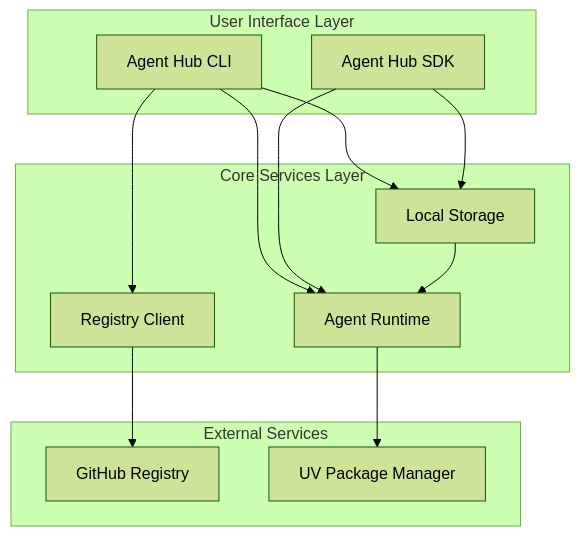
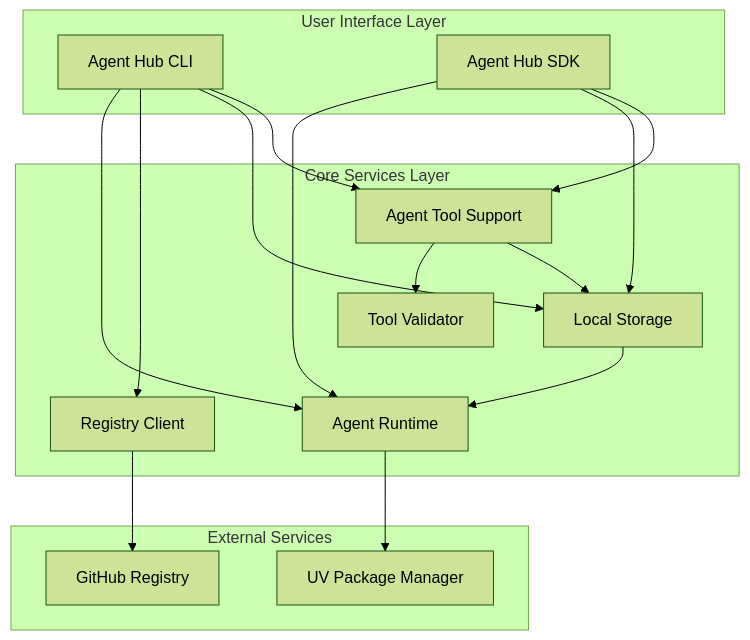
The first of 4 diagrams in docs/.architecture_design/mvp/03_mvp_container_architecture.md (agentplug/agenthub), drawn with Mermaid (forest theme) before and after one commit. The commit also changed other lines of this file and 14 other files, not shown here.

Commit message:
add tool management to architecture design

````diff
--- a/docs/.architecture_design/mvp/03_mvp_container_architecture.md
+++ b/docs/.architecture_design/mvp/03_mvp_container_architecture.md
@@ -24,29 +24,35 @@
 ```mermaid
 graph TB
     subgraph "User Interface Layer"
         CLI[Agent Hub CLI]
         SDK[Agent Hub SDK]
     end
     
     subgraph "Core Services Layer"
         RUNTIME[Agent Runtime]
         REGISTRY[Registry Client]
         STORAGE[Local Storage]
+        TOOLSUPPORT[Agent Tool Support]
+        VALIDATOR[Tool Validator]
     end
     
     subgraph "External Services"
         GITHUB[GitHub Registry]
         UV[UV Package Manager]
     end
     
     CLI --> RUNTIME
     CLI --> REGISTRY
     CLI --> STORAGE
+    CLI --> TOOLSUPPORT
     
     SDK --> RUNTIME
     SDK --> STORAGE
+    SDK --> TOOLSUPPORT
     
     RUNTIME --> UV
     REGISTRY --> GITHUB
     STORAGE --> RUNTIME
+    TOOLSUPPORT --> VALIDATOR
+    TOOLSUPPORT --> STORAGE
 ```
````
